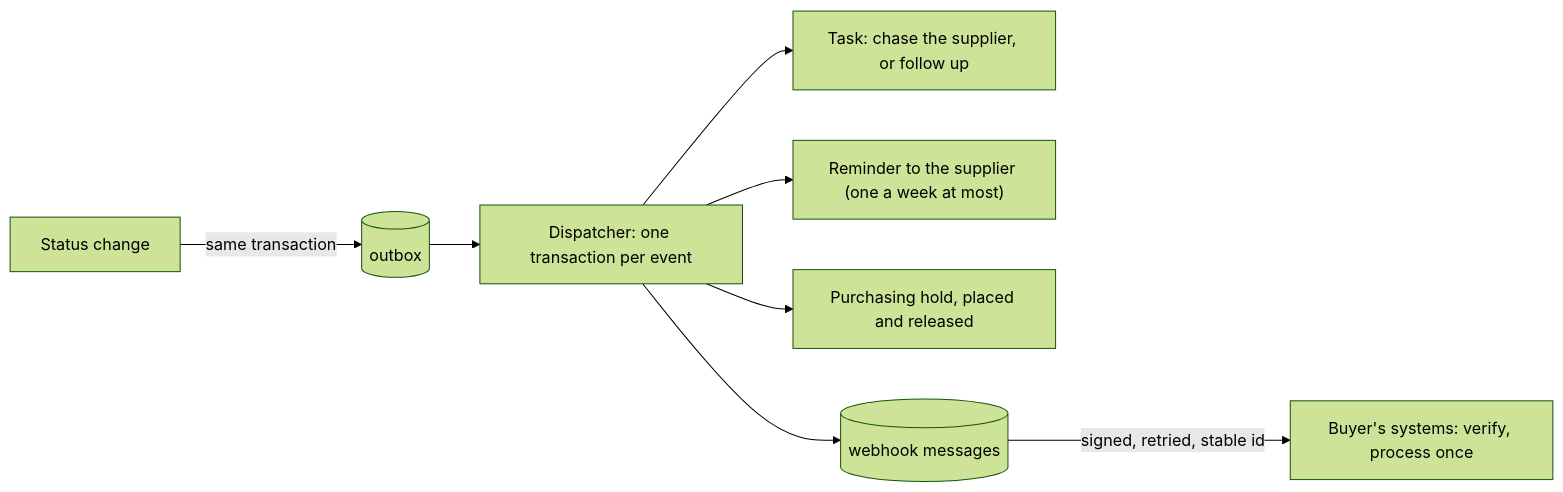
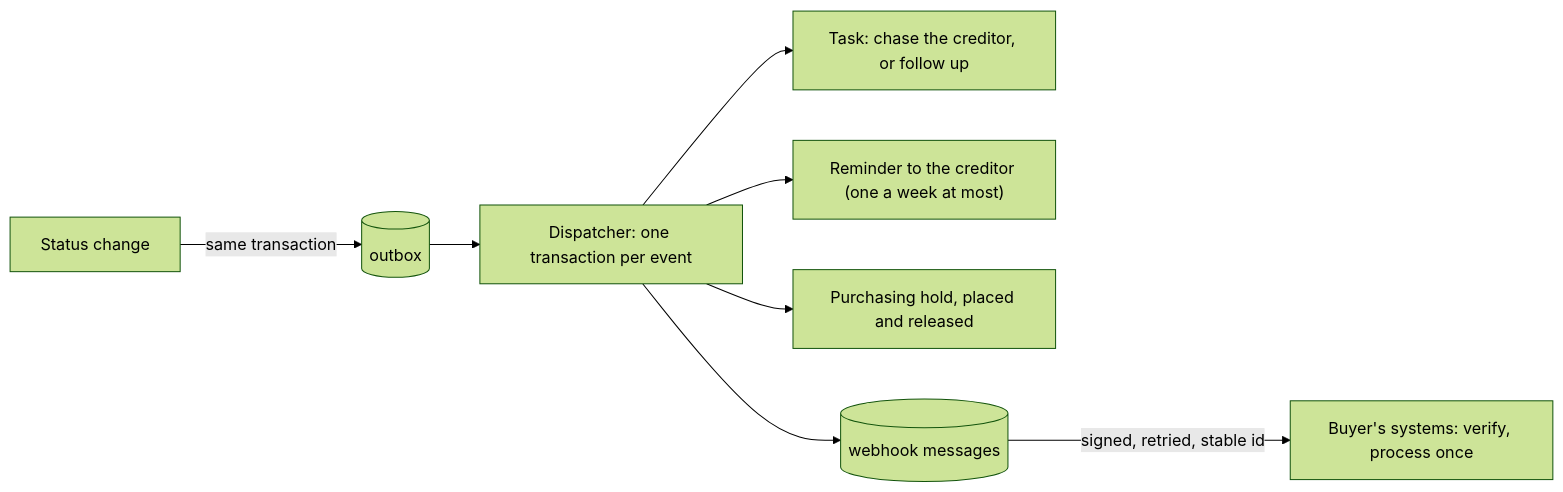
One commit to gandhiashutosh14/testamur changed the second of 3 diagrams in docs/architecture.md. Above: the diagram before and after it, drawn with Mermaid (forest theme). The commit also changed other lines of this file and 88 other files, not shown here.

````diff
--- a/docs/architecture.md
+++ b/docs/architecture.md
@@ -166,10 +166,10 @@
 ```mermaid
 flowchart LR
     S["Status change"] -->|same transaction| O[("outbox")]
     O --> D["Dispatcher: one transaction per event"]
-    D --> T["Task: chase the supplier, or follow up"]
-    D --> R["Reminder to the supplier (one a week at most)"]
+    D --> T["Task: chase the creditor, or follow up"]
+    D --> R["Reminder to the creditor (one a week at most)"]
     D --> H["Purchasing hold, placed and released"]
     D --> W[("webhook messages")]
     W -->|"signed, retried, stable id"| B["Buyer's systems: verify, process once"]
 ```
````
